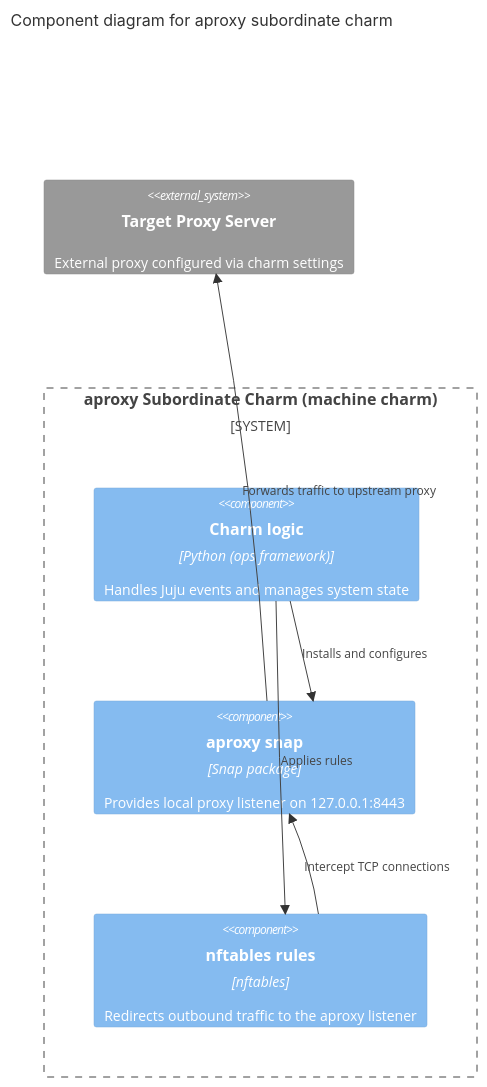
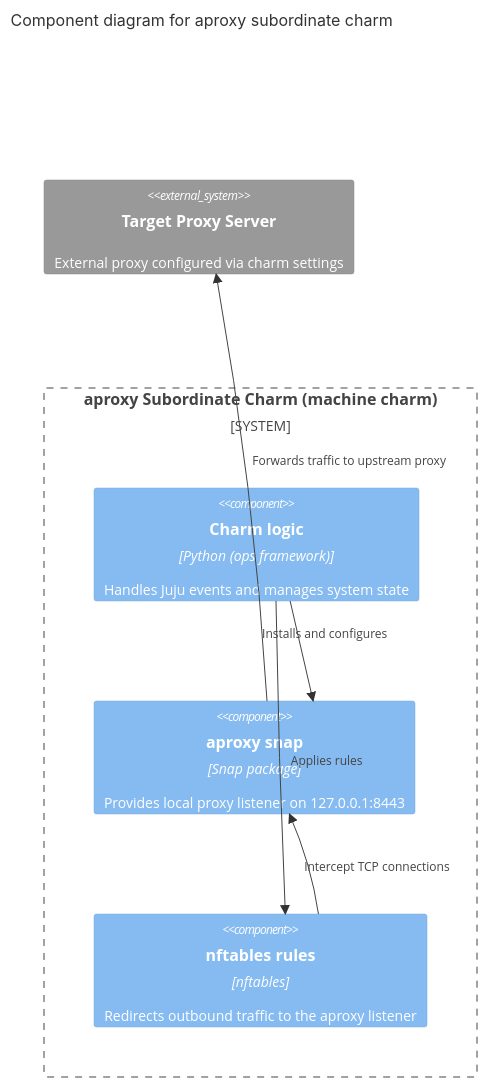
Before and after one commit to canonical/aproxy-operator: the second of 2 diagrams in docs/explanation/charm-architecture.md, drawn with Mermaid. The commit also changed other lines of this file and 2 other files, not shown here.

````diff
--- a/docs/explanation/charm-architecture.md
+++ b/docs/explanation/charm-architecture.md
@@ -54,18 +57,22 @@
 ```mermaid
 C4Component
 title Component diagram for aproxy subordinate charm
+UpdateLayoutConfig($c4ShapeInRow="2", $c4BoundaryInRow="2")
 
 System_Boundary(b1, "aproxy Subordinate Charm (machine charm)") {
     Component(charm, "Charm logic", "Python (ops framework)", "Handles Juju events and manages system state")
     Component(snap, "aproxy snap", "Snap package", "Provides local proxy listener on 127.0.0.1:8443")
     Component(nft, "nftables rules", "nftables", "Redirects outbound traffic to the aproxy listener")
 }
 
 System_Ext(upstream, "Target Proxy Server", "External proxy configured via charm settings")
 
 Rel(charm, snap, "Installs and configures")
 Rel(charm, nft, "Applies rules")
 Rel(nft, snap, "Intercept TCP connections")
 Rel(snap, upstream, "Forwards traffic to upstream proxy")
+UpdateRelStyle(charm, snap, $offsetY="-20", $offsetX="-40")
+UpdateRelStyle(charm, nft, $offsetX="10")
+UpdateRelStyle(snap, upstream, $offsetY="-30", $offsetX="10")
 
 ```
````
